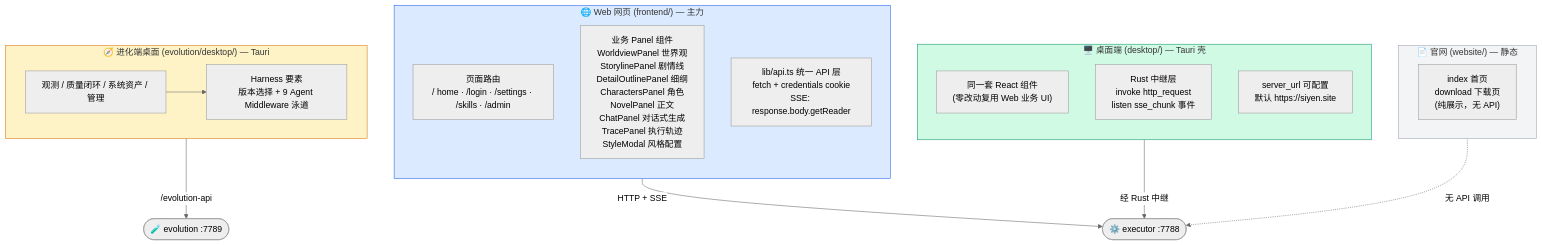
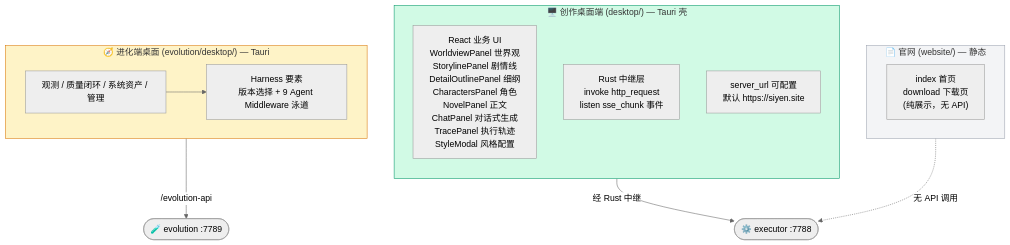
One commit to gaoshoupaper-code/EvoWriter changed the fourth of 9 diagrams in docs/系统心智模型.md. Above: the diagram before and after it, drawn with Mermaid (neutral theme). The commit also changed other lines of this file and 58 other files, not shown here.

First line of the commit message:
chore: 清理废弃 frontend/ (Next.js 创作 Web) 及其 Dockerfile

````diff
--- a/docs/系统心智模型.md
+++ b/docs/系统心智模型.md
@@ -402,44 +400,34 @@
 ```mermaid
 flowchart TD
-    subgraph WebApp["🌐 Web 网页 (frontend/) — 主力"]
+    subgraph DeskApp["🖥️ 创作桌面端 (desktop/) — Tauri 壳"]
         direction TB
-        W_Pages["页面路由<br/>/ home · /login · /settings · /skills · /admin"]
-        W_Panels["业务 Panel 组件<br/>WorldviewPanel 世界观<br/>StorylinePanel 剧情线<br/>DetailOutlinePanel 细纲<br/>CharactersPanel 角色<br/>NovelPanel 正文<br/>ChatPanel 对话式生成<br/>TracePanel 执行轨迹<br/>StyleModal 风格配置"]
-        W_Api["lib/api.ts 统一 API 层<br/>fetch + credentials cookie<br/>SSE: response.body.getReader"]
-    end
-
-    subgraph DeskApp["🖥️ 桌面端 (desktop/) — Tauri 壳"]
-        direction TB
-        D_UI["同一套 React 组件<br/>(零改动复用 Web 业务 UI)"]
+        D_UI["React 业务 UI<br/>WorldviewPanel 世界观<br/>StorylinePanel 剧情线<br/>DetailOutlinePanel 细纲<br/>CharactersPanel 角色<br/>NovelPanel 正文<br/>ChatPanel 对话式生成<br/>TracePanel 执行轨迹<br/>StyleModal 风格配置"]
         D_Rust["Rust 中继层<br/>invoke http_request<br/>listen sse_chunk 事件"]
         D_Conf["server_url 可配置<br/>默认 https://siyen.site"]
     end
 
     subgraph SiteApp["📄 官网 (website/) — 静态"]
         S_Pages["index 首页<br/>download 下载页<br/>(纯展示，无 API)"]
     end
 
     subgraph EvoDesk["🧭 进化端桌面 (evolution/desktop/) — Tauri"]
         E_UI["观测 / 质量闭环 / 系统资产 / 管理"]
         E_Harness["Harness 要素<br/>版本选择 + 9 Agent Middleware 泳道"]
         E_UI --> E_Harness
     end
 
     EX(["⚙️ executor :7788"])
     EVO(["🧪 evolution :7789"])
 
-    WebApp -->|"HTTP + SSE"| EX
     DeskApp -->|"经 Rust 中继"| EX
     SiteApp -.->|"无 API 调用"| EX
     EvoDesk -->|"/evolution-api"| EVO
 
-    classDef web fill:#dbeafe,stroke:#2563eb
     classDef desk fill:#d1fae5,stroke:#059669
     classDef site fill:#f3f4f6,stroke:#9ca3af
     classDef evo fill:#fef3c7,stroke:#d97706
 
-    class WebApp web
     class DeskApp desk
     class SiteApp site
     class EvoDesk evo
 ```
````
